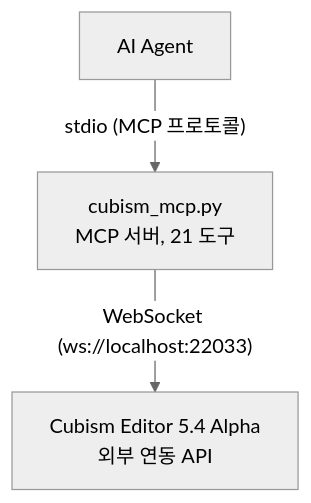
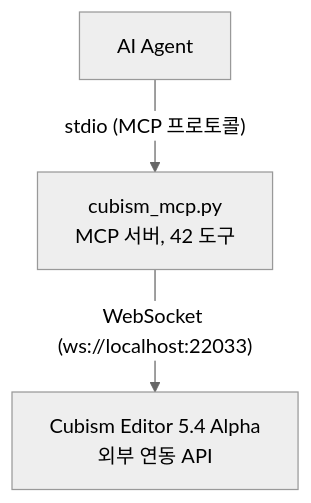
The diagram in i18n/README_KO.md (nana7chi/CubismExternalEditMCP), drawn with Mermaid (neutral theme) before and after one commit. The commit also changed 5 other files, not shown here.

````diff
--- a/i18n/README_KO.md
+++ b/i18n/README_KO.md
@@ -20,9 +20,9 @@
 ```mermaid
 graph TD
     AI["AI Agent"]
-    MCP["cubism_mcp.py<br/>MCP 서버, 21 도구"]
+    MCP["cubism_mcp.py<br/>MCP 서버, 42 도구"]
     Editor["Cubism Editor 5.4 Alpha<br/>외부 연동 API"]
 
     AI -->|"stdio (MCP 프로토콜)"| MCP
     MCP -->|"WebSocket (ws://localhost:22033)"| Editor
 ```
````
